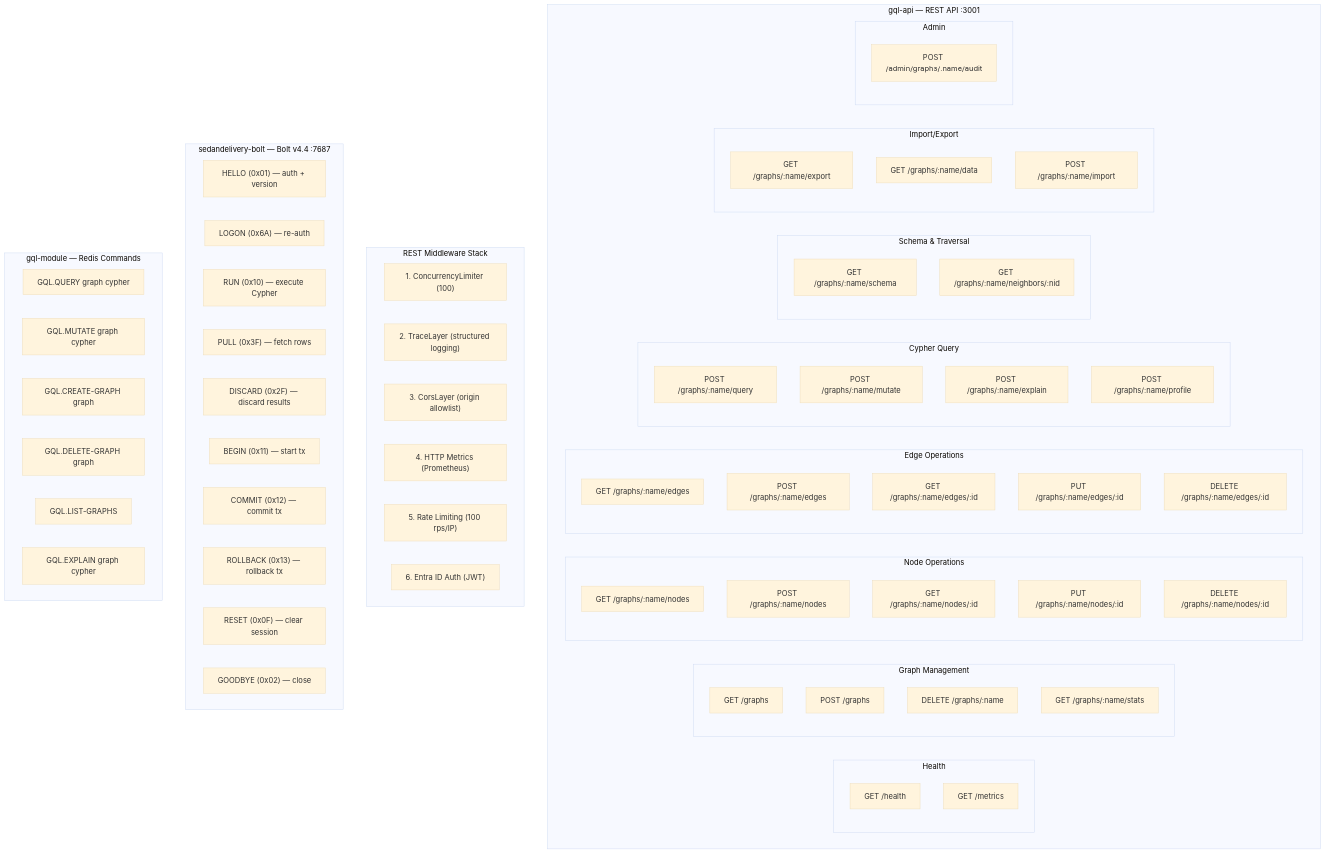
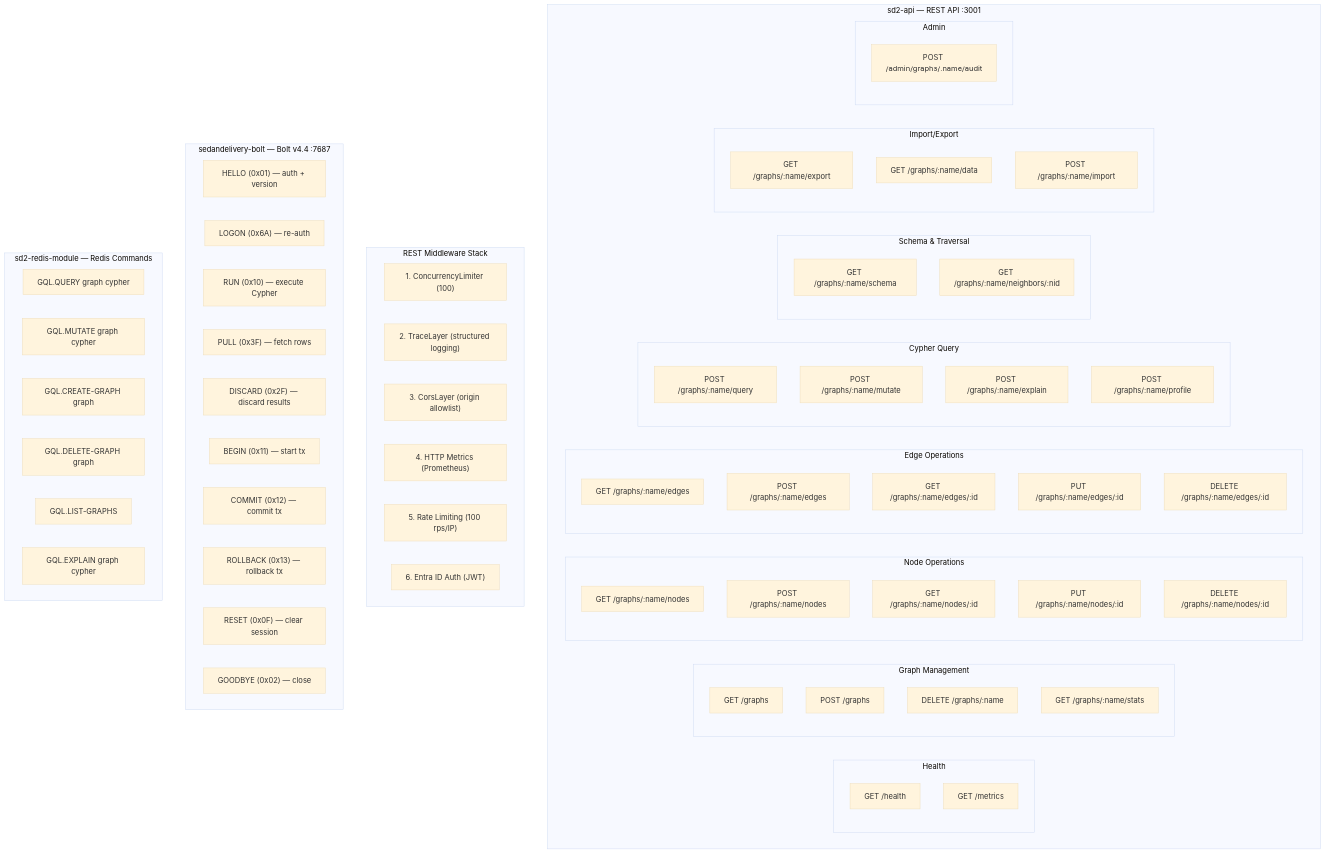
One commit to rysweet/SedanDelivery changed the diagram in docs/atlas/api-contracts/README.md. Above: the diagram before and after it, drawn with Mermaid (base theme). The commit also changed other lines of this file and 191 other files, not shown here.

First line of the commit message:
refactor: rename gql-module, gql-redis-store, gql-api to sd2- prefix (#1097)

````diff
--- a/docs/atlas/api-contracts/README.md
+++ b/docs/atlas/api-contracts/README.md
@@ -13,6 +13,6 @@
 ```mermaid
 flowchart TD
-    subgraph rest_api["gql-api — REST API :3001"]
+    subgraph rest_api["sd2-api — REST API :3001"]
         subgraph health_routes["Health"]
             GET_health["GET /health"]
             GET_metrics["GET /metrics"]
@@ -86,7 +86,7 @@
         GOODBYE["GOODBYE (0x02) — close"]
     end
 
-    subgraph redis_cmds["gql-module — Redis Commands"]
+    subgraph redis_cmds["sd2-redis-module — Redis Commands"]
         GQL_QUERY["GQL.QUERY graph cypher"]
         GQL_MUTATE["GQL.MUTATE graph cypher"]
         GQL_CREATE["GQL.CREATE-GRAPH graph"]
````
